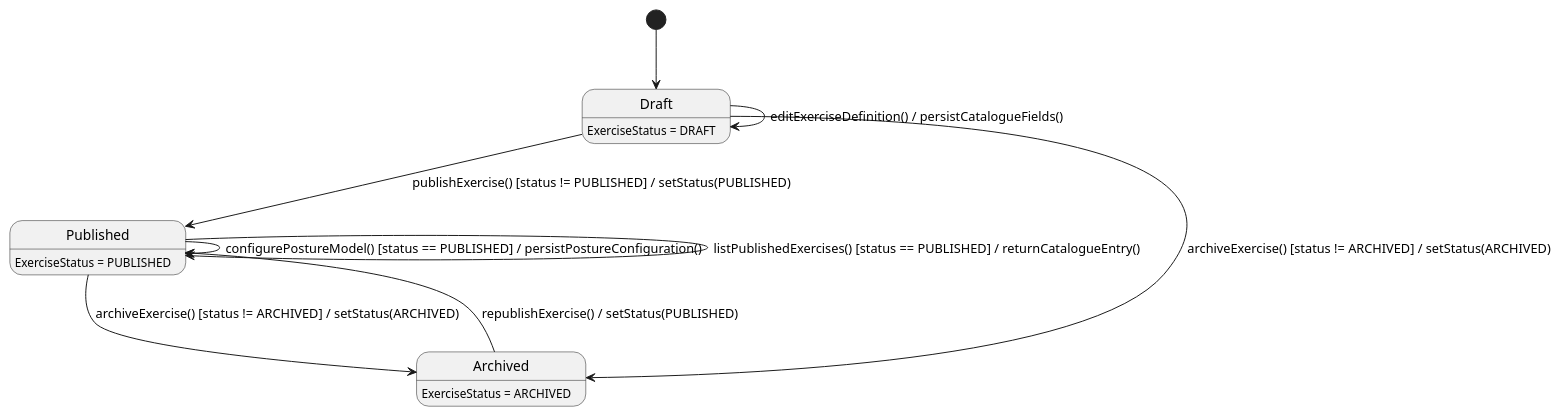
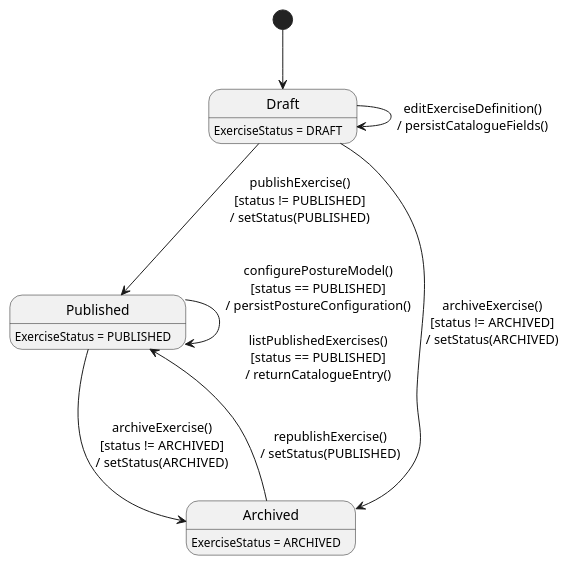
Before and after one commit to ChuongBDHE172784/CareBridge_SEP490_G79: the third of 3 diagrams in 03_Design/Detailed_Design/MF09_Content_Hub/04_Exercise_Catalogue_and_Posture_Configuration.md, drawn with PlantUML. The commit also changed 61 other files, not shown here.

Commit message:
docs: update detailed design documentation and state chart diagrams across all feature modules

````diff
--- a/03_Design/Detailed_Design/MF09_Content_Hub/04_Exercise_Catalogue_and_Posture_Configuration.md
+++ b/03_Design/Detailed_Design/MF09_Content_Hub/04_Exercise_Catalogue_and_Posture_Configuration.md
@@ -203,18 +203,17 @@
 ```plantuml
 @startuml StateChartDiagram_04ExerciseCatalogueandPostureConfiguration
 hide empty description
 [*] --> Draft
 
-Draft --> Published : publishExercise() [status != PUBLISHED] / setStatus(PUBLISHED)
-Published --> Archived : archiveExercise() [status != ARCHIVED] / setStatus(ARCHIVED)
-Draft --> Archived : archiveExercise() [status != ARCHIVED] / setStatus(ARCHIVED)
-Archived --> Published : republishExercise() / setStatus(PUBLISHED)
-Draft --> Draft : editExerciseDefinition() / persistCatalogueFields()
-Published --> Published : configurePostureModel() [status == PUBLISHED] / persistPostureConfiguration()
-Published --> Published : listPublishedExercises() [status == PUBLISHED] / returnCatalogueEntry()
+Draft --> Published : publishExercise()\n[status != PUBLISHED]\n/ setStatus(PUBLISHED)
+Published --> Archived : archiveExercise()\n[status != ARCHIVED]\n/ setStatus(ARCHIVED)
+Draft --> Archived : archiveExercise()\n[status != ARCHIVED]\n/ setStatus(ARCHIVED)
+Archived --> Published : republishExercise()\n/ setStatus(PUBLISHED)
+Draft --> Draft : editExerciseDefinition()\n/ persistCatalogueFields()
+Published --> Published : configurePostureModel()\n[status == PUBLISHED]\n/ persistPostureConfiguration()\n\nlistPublishedExercises()\n[status == PUBLISHED]\n/ returnCatalogueEntry()
 
 Draft : ExerciseStatus = DRAFT
 Published : ExerciseStatus = PUBLISHED
 Archived : ExerciseStatus = ARCHIVED
 @enduml
 ```
````
